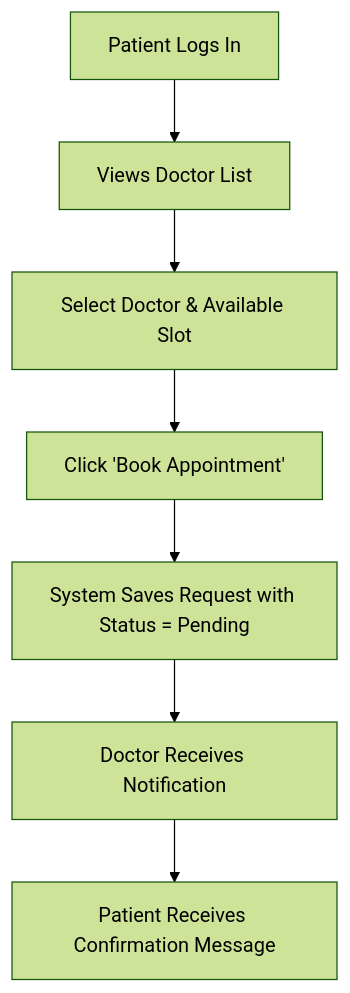
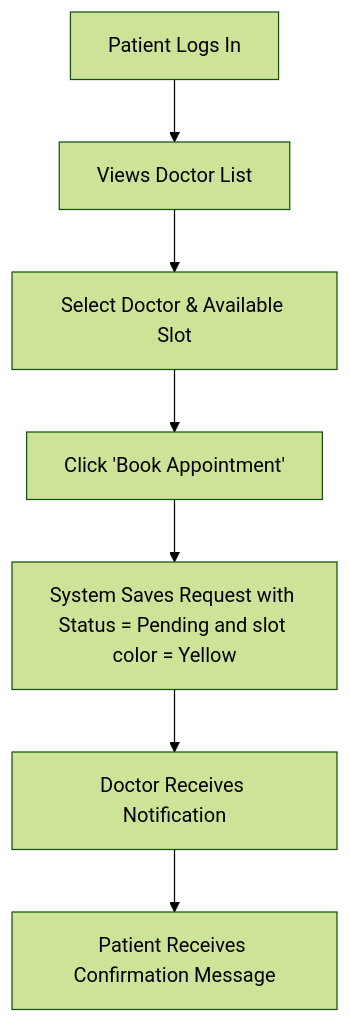
The third of 5 diagrams in docs/functional_usecase.md (akshu-mishra/medilink), drawn with Mermaid (forest theme) before and after one commit. The commit also changed other lines of this file and 6 other files, not shown here.

````diff
--- a/docs/functional_usecase.md
+++ b/docs/functional_usecase.md
@@ -68,9 +68,9 @@
 ```mermaid
 flowchart TD
     A["Patient Logs In"] --> B["Views Doctor List"]
     B --> C["Select Doctor & Available Slot"]
     C --> D["Click 'Book Appointment'"]
-    D --> E["System Saves Request with Status = Pending"]
+    D --> E["System Saves Request with Status = Pending and slot color = Yellow"]
     E --> F["Doctor Receives Notification"]
     F --> G["Patient Receives Confirmation Message"]
 ```
````
